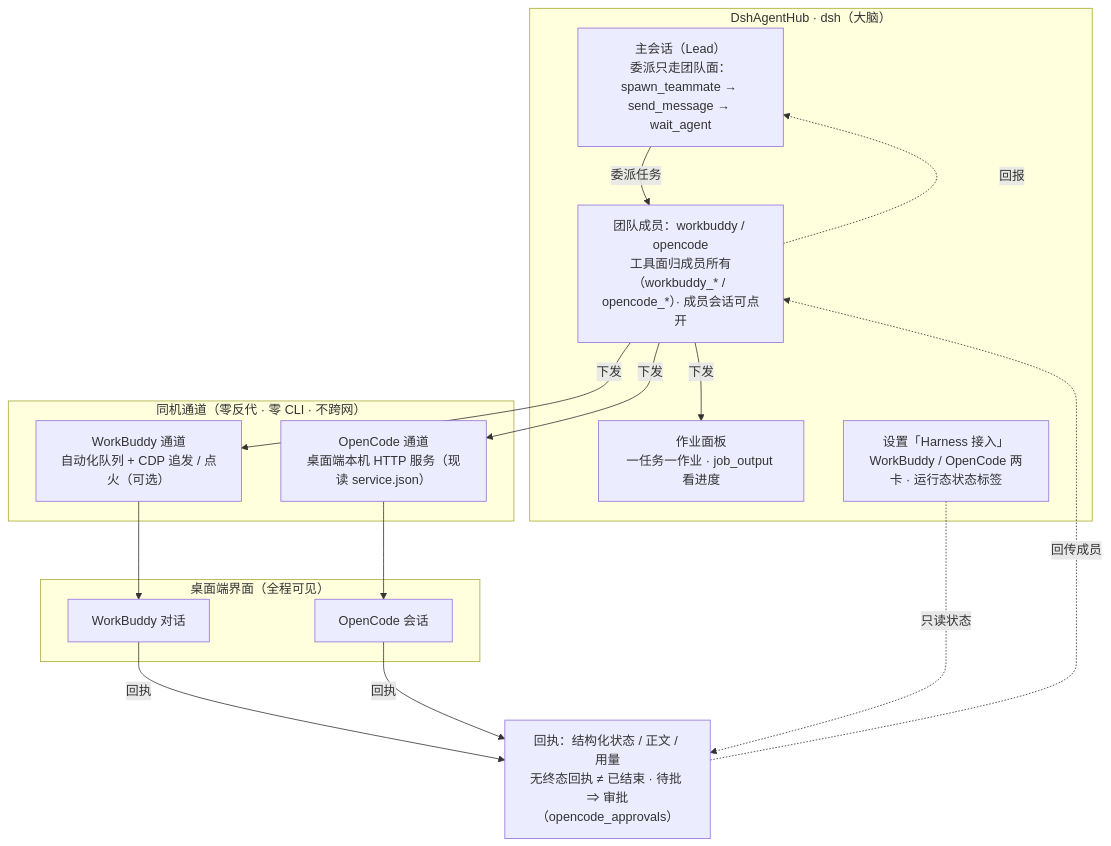
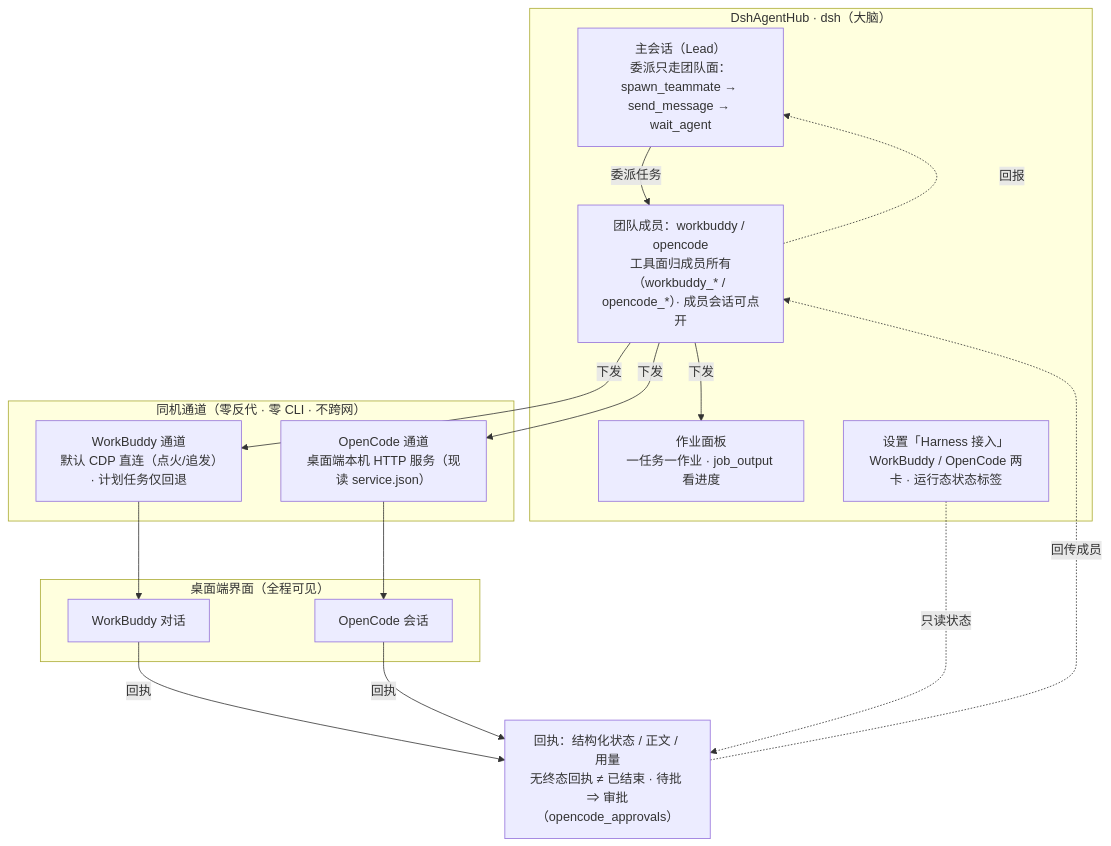
The diagram in README.md (Zoupidan/DshAgentHub), drawn with Mermaid before and after one commit. The commit also changed other lines of this file and 3 other files, not shown here.

````diff
--- a/README.md
+++ b/README.md
@@ -51,27 +51,27 @@
 ```mermaid
 graph TB
     subgraph DSH["DshAgentHub · dsh（大脑）"]
         L["主会话（Lead）<br/>委派只走团队面：spawn_teammate → send_message → wait_agent"]
         M["团队成员：workbuddy / opencode<br/>工具面归成员所有（workbuddy_* / opencode_*）· 成员会话可点开"]
         J["作业面板<br/>一任务一作业 · job_output 看进度"]
         H["设置「Harness 接入」<br/>WorkBuddy / OpenCode 两卡 · 运行态状态标签"]
     end
     subgraph CH["同机通道（零反代 · 零 CLI · 不跨网）"]
-        W["WorkBuddy 通道<br/>自动化队列 + CDP 追发 / 点火（可选）"]
+        W["WorkBuddy 通道<br/>默认 CDP 直连（点火/追发）· 计划任务仅回退"]
         O["OpenCode 通道<br/>桌面端本机 HTTP 服务（现读 service.json）"]
     end
     subgraph GUI["桌面端界面（全程可见）"]
         WD["WorkBuddy 对话"]
         OD["OpenCode 会话"]
     end
     R["回执：结构化状态 / 正文 / 用量<br/>无终态回执 ≠ 已结束 · 待批 ⇒ 审批（opencode_approvals）"]
     L -->|委派任务| M
     M -->|下发| J
     M -->|下发| W --> WD
     M -->|下发| O --> OD
     WD -->|回执| R
     OD -->|回执| R
     R -.回传成员.-> M
     M -.回报.-> L
     H -.只读状态.-> R
 ```
````
